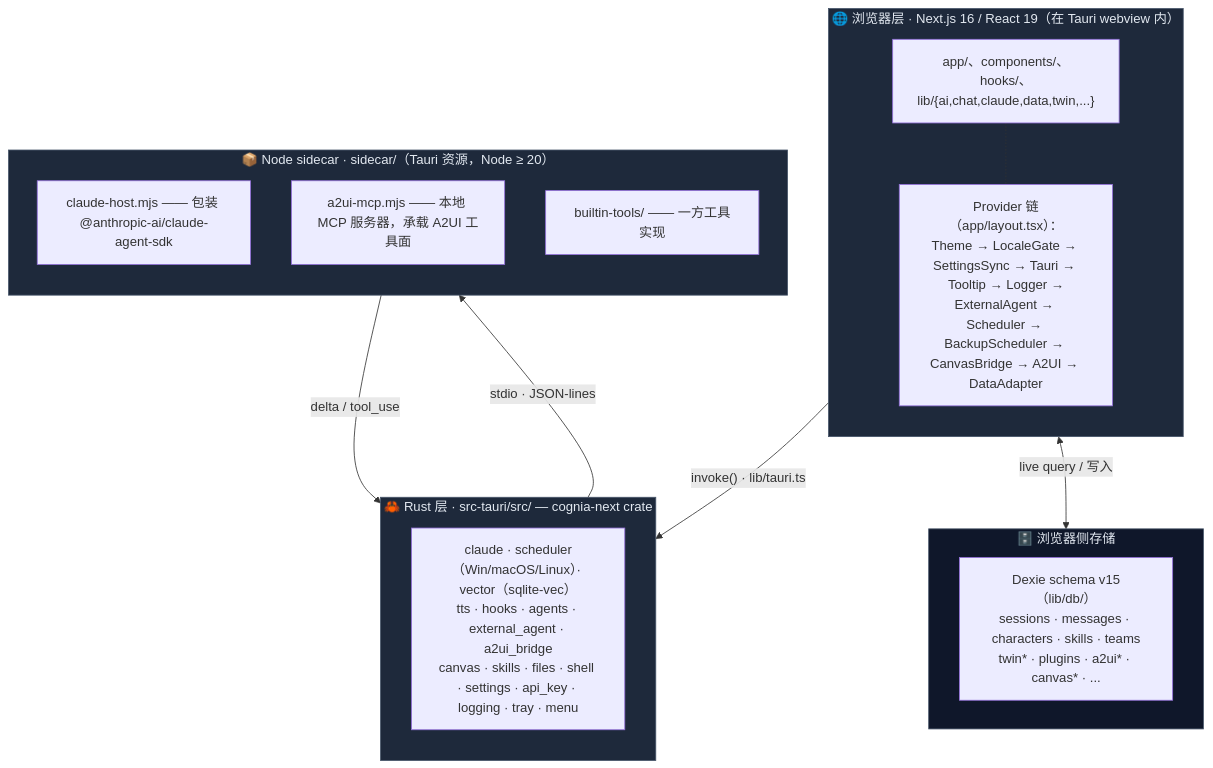
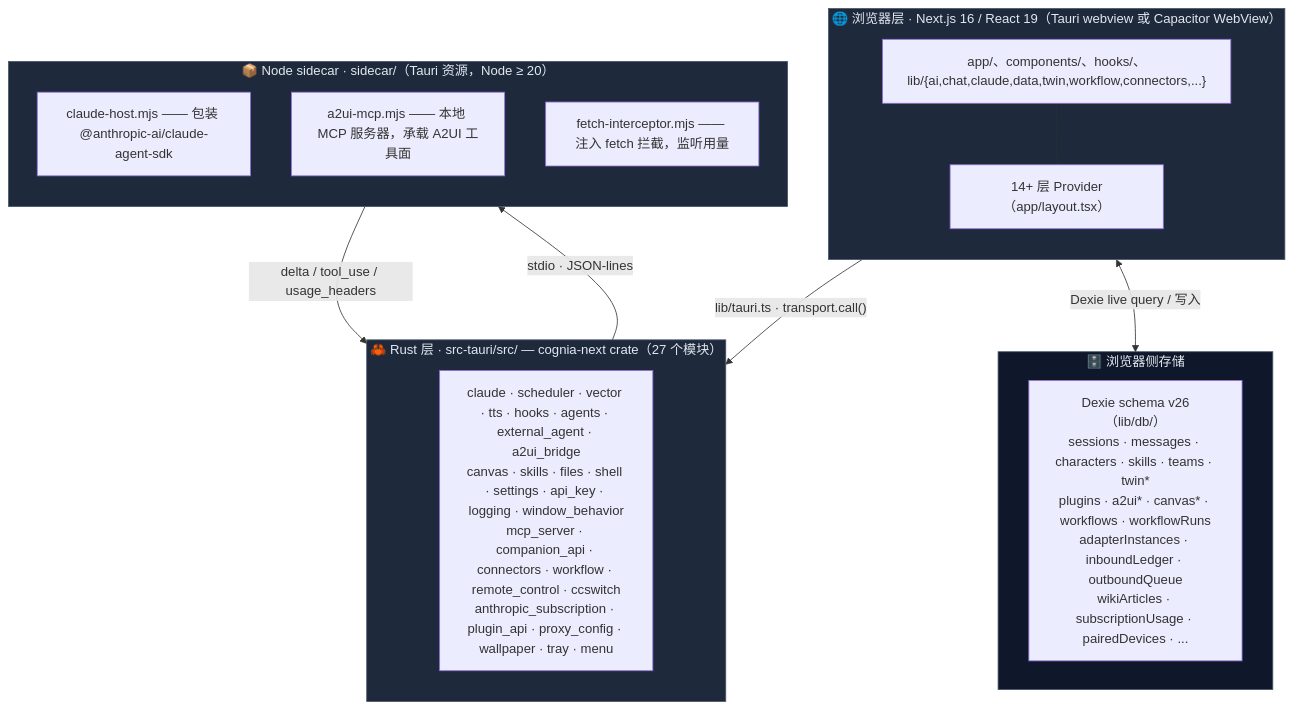
Before and after one commit to MaxQian888/cognia-next: the diagram in docs/content/docs/zh/architecture.mdx, drawn with Mermaid. The commit also changed other lines of this file and 211 other files, not shown here.

First line of the commit message:
feat: docs i18n routing, scheduler refactor, plugin slot audit

````diff
--- a/docs/content/docs/zh/architecture.mdx
+++ b/docs/content/docs/zh/architecture.mdx
@@ -10,35 +23,35 @@
 ```mermaid
 flowchart TB
-  subgraph Browser["🌐 浏览器层 · Next.js 16 / React 19（在 Tauri webview 内）"]
+  subgraph Browser["🌐 浏览器层 · Next.js 16 / React 19（Tauri webview 或 Capacitor WebView）"]
     direction TB
-    Routes["app/、components/、hooks/、lib/{ai,chat,claude,data,twin,...}"]
-    Providers["Provider 链（app/layout.tsx）：<br/>Theme → LocaleGate → SettingsSync → Tauri → Tooltip → Logger →<br/>ExternalAgent → Scheduler → BackupScheduler → CanvasBridge → A2UI → DataAdapter"]
+    Routes["app/、components/、hooks/、lib/{ai,chat,claude,data,twin,workflow,connectors,...}"]
+    Providers["14+ 层 Provider（app/layout.tsx）"]
     Routes -.- Providers
   end
 
   subgraph Storage["🗄️ 浏览器侧存储"]
-    Dexie["Dexie schema v15（lib/db/）<br/>sessions · messages · characters · skills · teams<br/>twin* · plugins · a2ui* · canvas* · ..."]
+    Dexie["Dexie schema v26（lib/db/）<br/>sessions · messages · characters · skills · teams · twin*<br/>plugins · a2ui* · canvas* · workflows · workflowRuns<br/>adapterInstances · inboundLedger · outboundQueue<br/>wikiArticles · subscriptionUsage · pairedDevices · ..."]
   end
 
-  subgraph Rust["🦀 Rust 层 · src-tauri/src/ — cognia-next crate"]
+  subgraph Rust["🦀 Rust 层 · src-tauri/src/ — cognia-next crate（27 个模块）"]
     direction TB
-    RustMods["claude · scheduler（Win/macOS/Linux）· vector（sqlite-vec）<br/>tts · hooks · agents · external_agent · a2ui_bridge<br/>canvas · skills · files · shell · settings · api_key · logging · tray · menu"]
+    RustMods["claude · scheduler · vector · tts · hooks · agents · external_agent · a2ui_bridge<br/>canvas · skills · files · shell · settings · api_key · logging · window_behavior<br/>mcp_server · companion_api · connectors · workflow · remote_control · ccswitch<br/>anthropic_subscription · plugin_api · proxy_config · wallpaper · tray · menu"]
   end
 
   subgraph Sidecar["📦 Node sidecar · sidecar/（Tauri 资源，Node ≥ 20）"]
     direction TB
     Host["claude-host.mjs —— 包装 @anthropic-ai/claude-agent-sdk"]
     A2UI["a2ui-mcp.mjs —— 本地 MCP 服务器，承载 A2UI 工具面"]
-    Tools["builtin-tools/ —— 一方工具实现"]
+    Fi["fetch-interceptor.mjs —— 注入 fetch 拦截，监听用量"]
   end
 
-  Browser -- "invoke() · lib/tauri.ts" --> Rust
-  Browser <-- "live query / 写入" --> Storage
+  Browser -- "lib/tauri.ts · transport.call()" --> Rust
+  Browser <-- "Dexie live query / 写入" --> Storage
   Rust -- "stdio · JSON-lines" --> Sidecar
-  Sidecar -- "delta / tool_use" --> Rust
+  Sidecar -- "delta / tool_use / usage_headers" --> Rust
 
   classDef layer fill:#1e293b,stroke:#475569,color:#e2e8f0
   classDef storage fill:#0f172a,stroke:#475569,color:#e2e8f0
   class Browser,Rust,Sidecar layer
   class Storage storage
 ```
````
